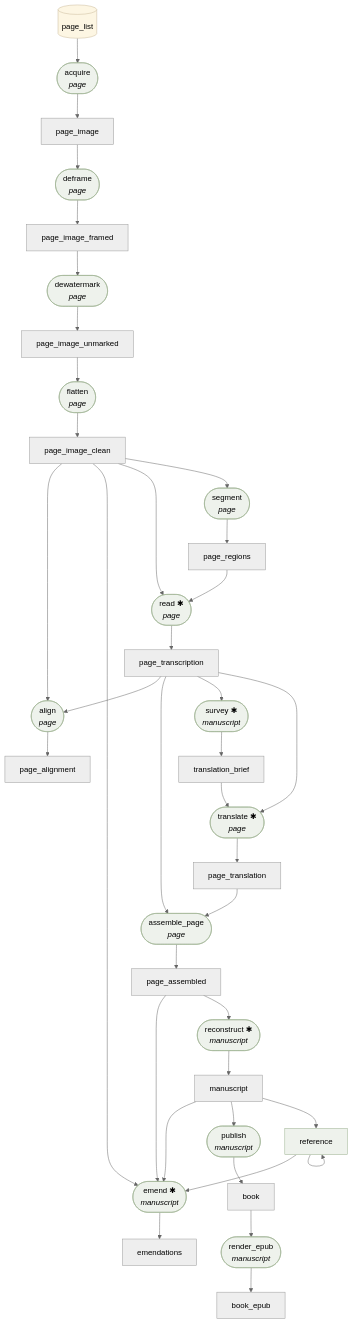
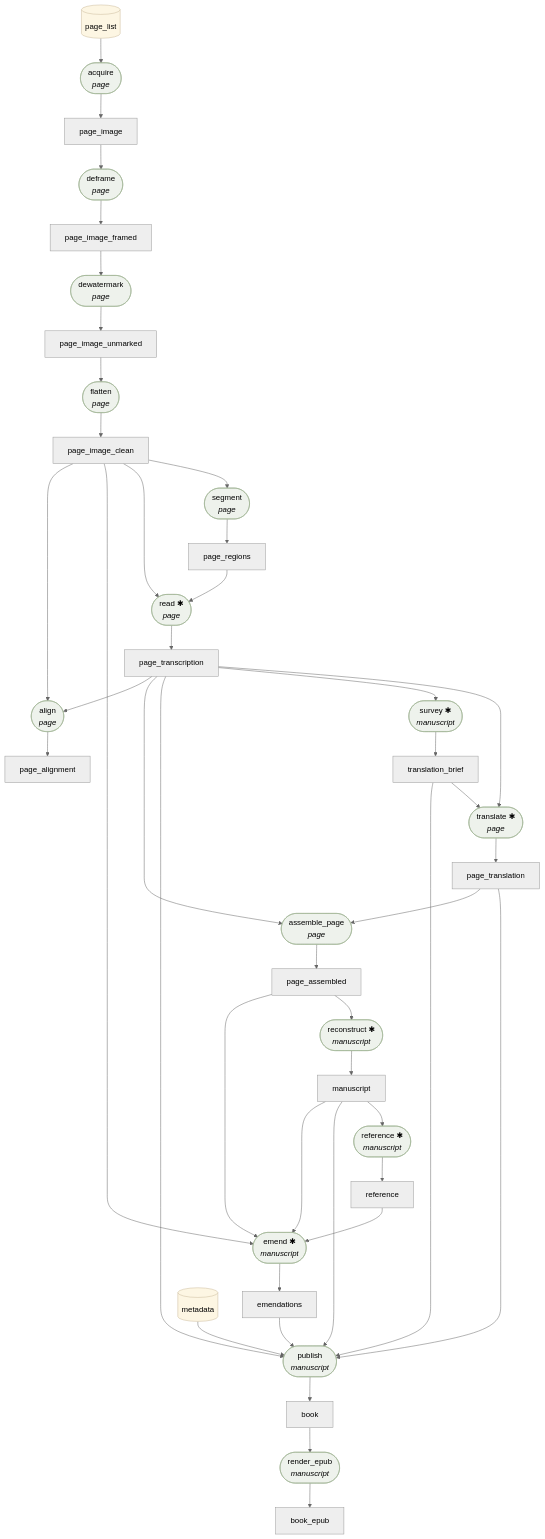
Before and after one commit to Dexin-Huang/palimpsest: the diagram in docs/CONTRACTS.md, drawn with Mermaid (neutral theme). The commit also changed other lines of this file and 226 other files, not shown here.

````diff
--- a/docs/CONTRACTS.md
+++ b/docs/CONTRACTS.md
@@ -9,87 +9,94 @@
 ```mermaid
 flowchart TB
-  page_list --> acquire
-  acquire --> page_image
-  page_image_clean --> align
-  page_transcription --> align
-  align --> page_alignment
-  page_transcription --> assemble_page
-  page_translation --> assemble_page
-  assemble_page --> page_assembled
-  page_image --> deframe
-  deframe --> page_image_framed
-  page_image_framed --> dewatermark
-  dewatermark --> page_image_unmarked
-  manuscript --> emend
-  reference --> emend
-  page_assembled --> emend
-  page_image_clean --> emend
-  emend --> emendations
-  page_image_unmarked --> flatten
-  flatten --> page_image_clean
-  manuscript --> publish
-  publish --> book
-  page_image_clean --> read
-  page_regions --> read
-  read --> page_transcription
-  page_assembled --> reconstruct
-  reconstruct --> manuscript
-  manuscript --> reference
-  reference --> reference
-  book --> render_epub
-  render_epub --> book_epub
-  page_image_clean --> segment
-  segment --> page_regions
-  page_transcription --> survey
-  survey --> translation_brief
-  page_transcription --> translate
-  translation_brief --> translate
-  translate --> page_translation
-  acquire(["acquire<br/><i>page</i>"])
-  style acquire fill:#eef2ec,stroke:#9ab08f
-  align(["align<br/><i>page</i>"])
-  style align fill:#eef2ec,stroke:#9ab08f
-  assemble_page(["assemble_page<br/><i>page</i>"])
-  style assemble_page fill:#eef2ec,stroke:#9ab08f
-  deframe(["deframe<br/><i>page</i>"])
-  style deframe fill:#eef2ec,stroke:#9ab08f
-  dewatermark(["dewatermark<br/><i>page</i>"])
-  style dewatermark fill:#eef2ec,stroke:#9ab08f
-  emend(["emend ✱<br/><i>manuscript</i>"])
-  style emend fill:#eef2ec,stroke:#9ab08f
-  flatten(["flatten<br/><i>page</i>"])
-  style flatten fill:#eef2ec,stroke:#9ab08f
-  publish(["publish<br/><i>manuscript</i>"])
-  style publish fill:#eef2ec,stroke:#9ab08f
-  read(["read ✱<br/><i>page</i>"])
-  style read fill:#eef2ec,stroke:#9ab08f
-  reconstruct(["reconstruct ✱<br/><i>manuscript</i>"])
-  style reconstruct fill:#eef2ec,stroke:#9ab08f
-  reference(["reference ✱<br/><i>manuscript</i>"])
-  style reference fill:#eef2ec,stroke:#9ab08f
-  render_epub(["render_epub<br/><i>manuscript</i>"])
-  style render_epub fill:#eef2ec,stroke:#9ab08f
-  segment(["segment<br/><i>page</i>"])
-  style segment fill:#eef2ec,stroke:#9ab08f
-  survey(["survey ✱<br/><i>manuscript</i>"])
-  style survey fill:#eef2ec,stroke:#9ab08f
-  translate(["translate ✱<br/><i>page</i>"])
-  style translate fill:#eef2ec,stroke:#9ab08f
-  book["book"]
-  book_epub["book_epub"]
-  emendations["emendations"]
-  manuscript["manuscript"]
-  page_alignment["page_alignment"]
-  page_assembled["page_assembled"]
-  page_image["page_image"]
-  page_image_clean["page_image_clean"]
-  page_image_framed["page_image_framed"]
-  page_image_unmarked["page_image_unmarked"]
-  page_list[("page_list")]
-  style page_list fill:#fdf6e3,stroke:#c9b99a
-  page_regions["page_regions"]
-  page_transcription["page_transcription"]
-  page_translation["page_translation"]
-  reference["reference"]
-  translation_brief["translation_brief"]
+  kind_page_list --> station_acquire
+  station_acquire --> kind_page_image
+  kind_page_image_clean --> station_align
+  kind_page_transcription --> station_align
+  station_align --> kind_page_alignment
+  kind_page_transcription --> station_assemble_page
+  kind_page_translation --> station_assemble_page
+  station_assemble_page --> kind_page_assembled
+  kind_page_image --> station_deframe
+  station_deframe --> kind_page_image_framed
+  kind_page_image_framed --> station_dewatermark
+  station_dewatermark --> kind_page_image_unmarked
+  kind_manuscript --> station_emend
+  kind_reference --> station_emend
+  kind_page_assembled --> station_emend
+  kind_page_image_clean --> station_emend
+  station_emend --> kind_emendations
+  kind_page_image_unmarked --> station_flatten
+  station_flatten --> kind_page_image_clean
+  kind_metadata --> station_publish
+  kind_manuscript --> station_publish
+  kind_translation_brief --> station_publish
+  kind_page_transcription --> station_publish
+  kind_page_translation --> station_publish
+  kind_emendations --> station_publish
+  station_publish --> kind_book
+  kind_page_image_clean --> station_read
+  kind_page_regions --> station_read
+  station_read --> kind_page_transcription
+  kind_page_assembled --> station_reconstruct
+  station_reconstruct --> kind_manuscript
+  kind_manuscript --> station_reference
+  station_reference --> kind_reference
+  kind_book --> station_render_epub
+  station_render_epub --> kind_book_epub
+  kind_page_image_clean --> station_segment
+  station_segment --> kind_page_regions
+  kind_page_transcription --> station_survey
+  station_survey --> kind_translation_brief
+  kind_page_transcription --> station_translate
+  kind_translation_brief --> station_translate
+  station_translate --> kind_page_translation
+  station_acquire(["acquire<br/><i>page</i>"])
+  style station_acquire fill:#eef2ec,stroke:#9ab08f
+  station_align(["align<br/><i>page</i>"])
+  style station_align fill:#eef2ec,stroke:#9ab08f
+  station_assemble_page(["assemble_page<br/><i>page</i>"])
+  style station_assemble_page fill:#eef2ec,stroke:#9ab08f
+  station_deframe(["deframe<br/><i>page</i>"])
+  style station_deframe fill:#eef2ec,stroke:#9ab08f
+  station_dewatermark(["dewatermark<br/><i>page</i>"])
+  style station_dewatermark fill:#eef2ec,stroke:#9ab08f
+  station_emend(["emend ✱<br/><i>manuscript</i>"])
+  style station_emend fill:#eef2ec,stroke:#9ab08f
+  station_flatten(["flatten<br/><i>page</i>"])
+  style station_flatten fill:#eef2ec,stroke:#9ab08f
+  station_publish(["publish<br/><i>manuscript</i>"])
+  style station_publish fill:#eef2ec,stroke:#9ab08f
+  station_read(["read ✱<br/><i>page</i>"])
+  style station_read fill:#eef2ec,stroke:#9ab08f
+  station_reconstruct(["reconstruct ✱<br/><i>manuscript</i>"])
+  style station_reconstruct fill:#eef2ec,stroke:#9ab08f
+  station_reference(["reference ✱<br/><i>manuscript</i>"])
+  style station_reference fill:#eef2ec,stroke:#9ab08f
+  station_render_epub(["render_epub<br/><i>manuscript</i>"])
+  style station_render_epub fill:#eef2ec,stroke:#9ab08f
+  station_segment(["segment<br/><i>page</i>"])
+  style station_segment fill:#eef2ec,stroke:#9ab08f
+  station_survey(["survey ✱<br/><i>manuscript</i>"])
+  style station_survey fill:#eef2ec,stroke:#9ab08f
+  station_translate(["translate ✱<br/><i>page</i>"])
+  style station_translate fill:#eef2ec,stroke:#9ab08f
+  kind_book["book"]
+  kind_book_epub["book_epub"]
+  kind_emendations["emendations"]
+  kind_manuscript["manuscript"]
+  kind_metadata[("metadata")]
+  style kind_metadata fill:#fdf6e3,stroke:#c9b99a
+  kind_page_alignment["page_alignment"]
+  kind_page_assembled["page_assembled"]
+  kind_page_image["page_image"]
+  kind_page_image_clean["page_image_clean"]
+  kind_page_image_framed["page_image_framed"]
+  kind_page_image_unmarked["page_image_unmarked"]
+  kind_page_list[("page_list")]
+  style kind_page_list fill:#fdf6e3,stroke:#c9b99a
+  kind_page_regions["page_regions"]
+  kind_page_transcription["page_transcription"]
+  kind_page_translation["page_translation"]
+  kind_reference["reference"]
+  kind_translation_brief["translation_brief"]
 ```
````
